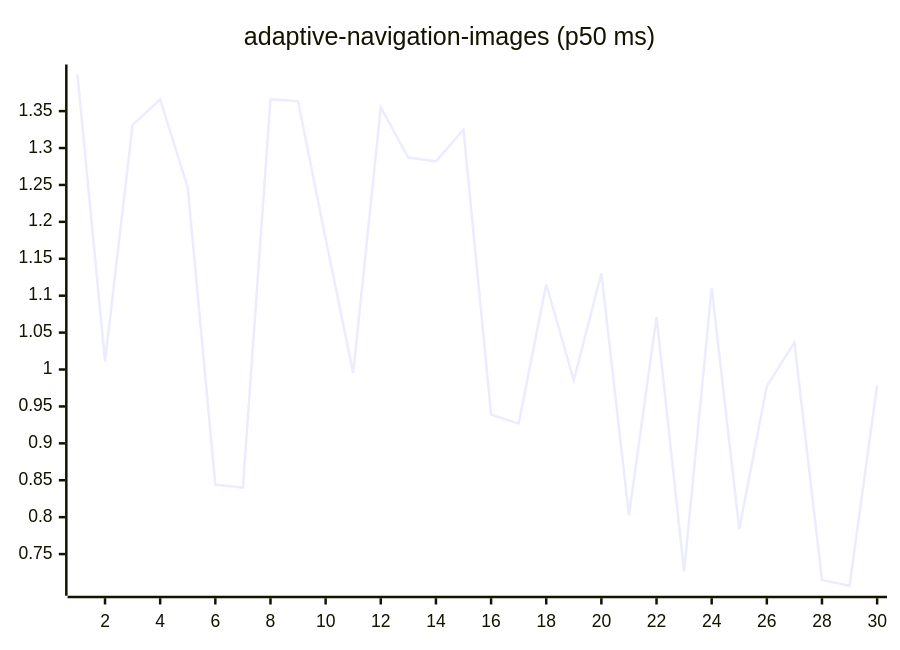
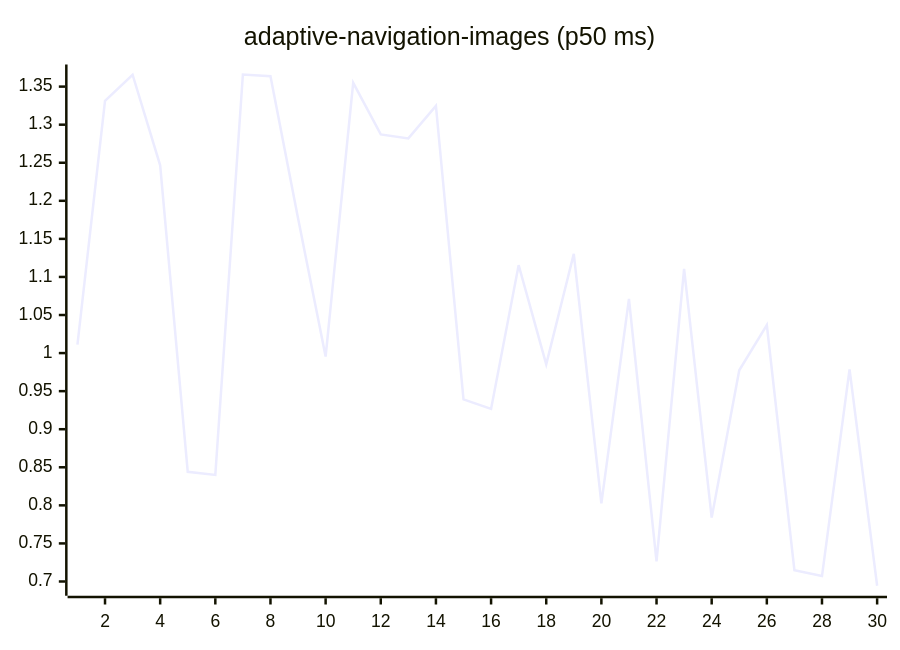
The first of 27 diagrams in README.md (josha/Facet), drawn with Mermaid before and after one commit. The commit also changed other lines of this file and 2 other files, not shown here.

````diff
--- a/README.md
+++ b/README.md
@@ -63,6 +63,6 @@
 ```mermaid
 xychart-beta
     title "adaptive-navigation-images (p50 ms)"
     x-axis 1 --> 30
-    line [1.3996, 1.0110, 1.3313, 1.3656, 1.2466, 0.8441, 0.8400, 1.3659, 1.3636, 1.1770, 0.9954, 1.3550, 1.2872, 1.2820, 1.3247, 0.9391, 0.9267, 1.1155, 0.9853, 1.1303, 0.8026, 1.0713, 0.7263, 1.1106, 0.7839, 0.9774, 1.0368, 0.7148, 0.7071, 0.9787]
+    line [1.0110, 1.3313, 1.3656, 1.2466, 0.8441, 0.8400, 1.3659, 1.3636, 1.1770, 0.9954, 1.3550, 1.2872, 1.2820, 1.3247, 0.9391, 0.9267, 1.1155, 0.9853, 1.1303, 0.8026, 1.0713, 0.7263, 1.1106, 0.7839, 0.9774, 1.0368, 0.7148, 0.7071, 0.9787, 0.6944]
 ```
````
